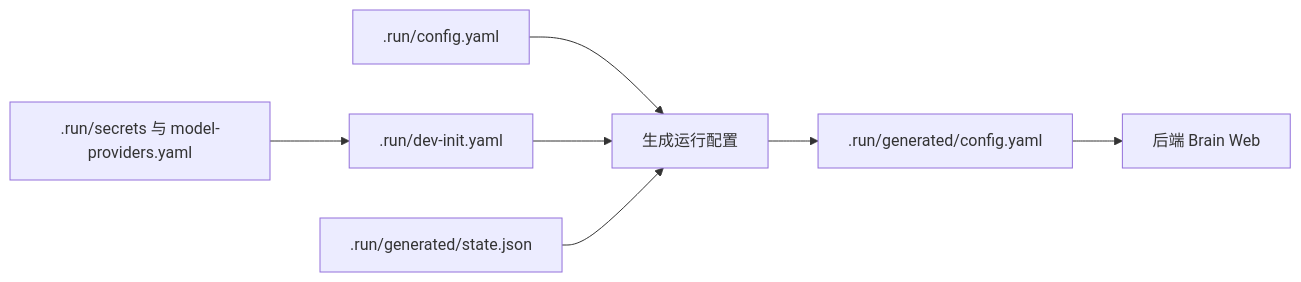
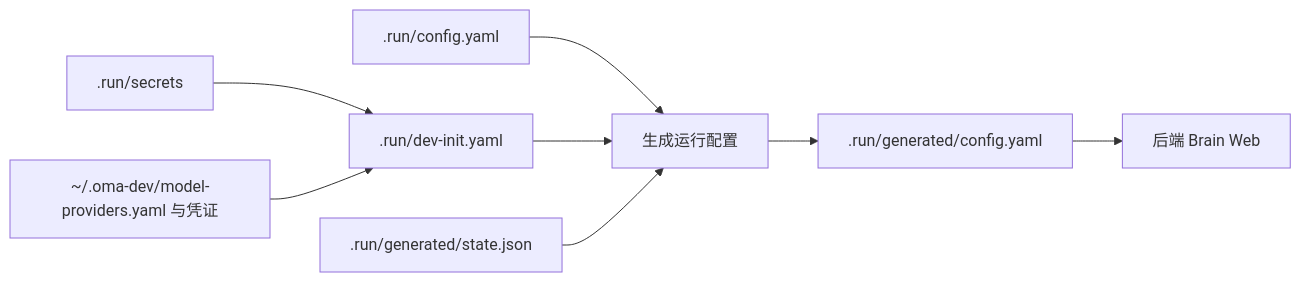
The first of 4 diagrams in docs/design/development-worktree-environments.md (superduck-ai/open-managed-agents), drawn with Mermaid before and after one commit. The commit also changed other lines of this file and 68 other files, not shown here.

````diff
--- a/docs/design/development-worktree-environments.md
+++ b/docs/design/development-worktree-environments.md
@@ -40,9 +53,10 @@
 ```mermaid
 flowchart LR
     Base[.run/config.yaml] --> Generate[生成运行配置]
     Init[.run/dev-init.yaml] --> Generate
-    Inputs[.run/secrets 与 model-providers.yaml] --> Init
+    Inputs[.run/secrets] --> Init
+    Shared[~/.oma-dev/model-providers.yaml 与凭证] --> Init
     State[.run/generated/state.json] --> Generate
     Generate --> Runtime[.run/generated/config.yaml]
     Runtime --> Services[后端 Brain Web]
 ```
````
